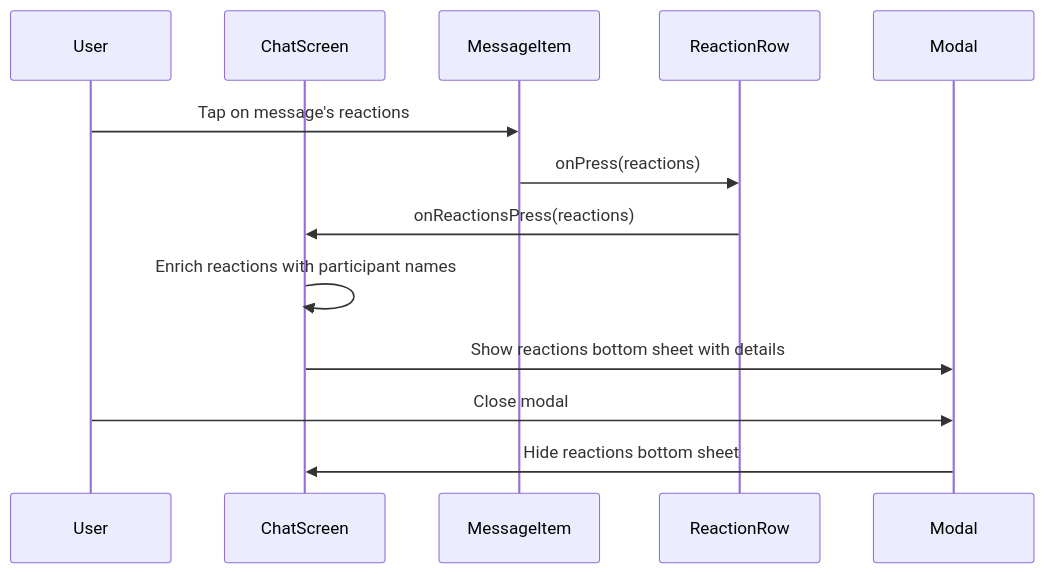
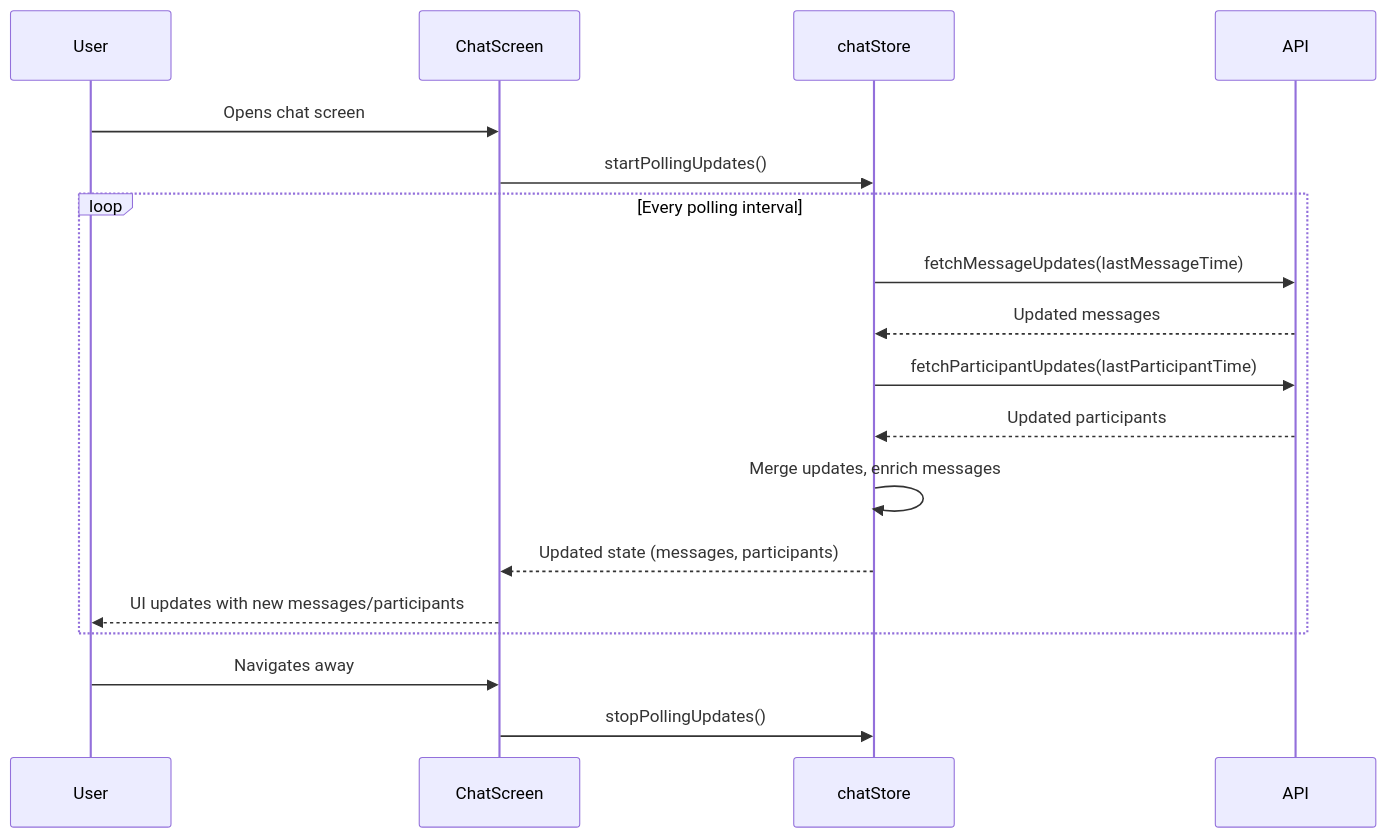
Before and after one commit to osmarbetancourt/tribe-project: the first of 2 diagrams in README.md, drawn with Mermaid. The commit also changed other lines of this file, not shown here.

Commit message:
Updating the readme to add all the mermaid diagrams

````diff
--- a/README.md
+++ b/README.md
@@ -45,16 +48,21 @@
 ```mermaid
 sequenceDiagram
     participant User
     participant ChatScreen
-    participant MessageItem
-    participant ReactionRow
-    participant Modal
+    participant chatStore
+    participant API
 
-    User->>MessageItem: Tap on message's reactions
-    MessageItem->>ReactionRow: onPress(reactions)
-    ReactionRow->>ChatScreen: onReactionsPress(reactions)
-    ChatScreen->>ChatScreen: Enrich reactions with participant names
-    ChatScreen->>Modal: Show reactions bottom sheet with details
-    User->>Modal: Close modal
-    Modal->>ChatScreen: Hide reactions bottom sheet
+    User->>ChatScreen: Opens chat screen
+    ChatScreen->>chatStore: startPollingUpdates()
+    loop Every polling interval
+        chatStore->>API: fetchMessageUpdates(lastMessageTime)
+        API-->>chatStore: Updated messages
+        chatStore->>API: fetchParticipantUpdates(lastParticipantTime)
+        API-->>chatStore: Updated participants
+        chatStore->>chatStore: Merge updates, enrich messages
+        chatStore-->>ChatScreen: Updated state (messages, participants)
+        ChatScreen-->>User: UI updates with new messages/participants
+    end
+    User->>ChatScreen: Navigates away
+    ChatScreen->>chatStore: stopPollingUpdates()
 ```
````
